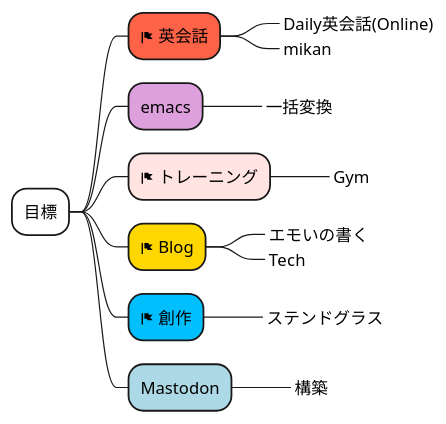
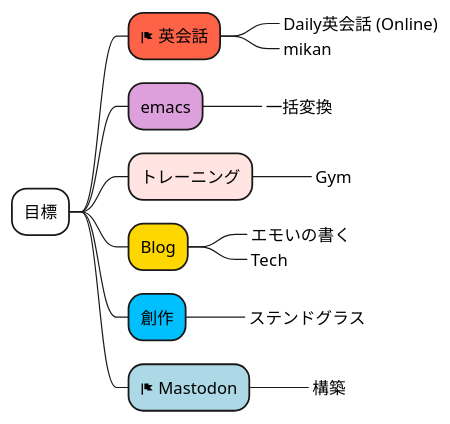
One commit to Ishizuka427/MindMap changed the diagram in test.puml. Above: the diagram before and after it, drawn with PlantUML. The commit also changed 1 other file, not shown here.

```diff
--- a/test.puml
+++ b/test.puml
@@ -1,17 +1,17 @@
 @startmindmap
 *[#white] 目標
 **[#tomato] <&flag> 英会話
-***_ Daily英会話(Online)
+***_ Daily英会話 (Online)
 ***_ mikan
 **[#plum] emacs
 ***_ 一括変換
-**[#mistyrose] <&flag> トレーニング
+**[#mistyrose] トレーニング
 ***_ Gym
-**[#gold] <&flag> Blog
+**[#gold] Blog
 ***_ エモいの書く
 ***_ Tech
-**[#deepskyblue] <&flag> 創作
+**[#deepskyblue] 創作
 ***_ ステンドグラス
-**[#lightblue] Mastodon
+**[#lightblue] <&flag> Mastodon
 ***_ 構築
 @endmindmap
```
